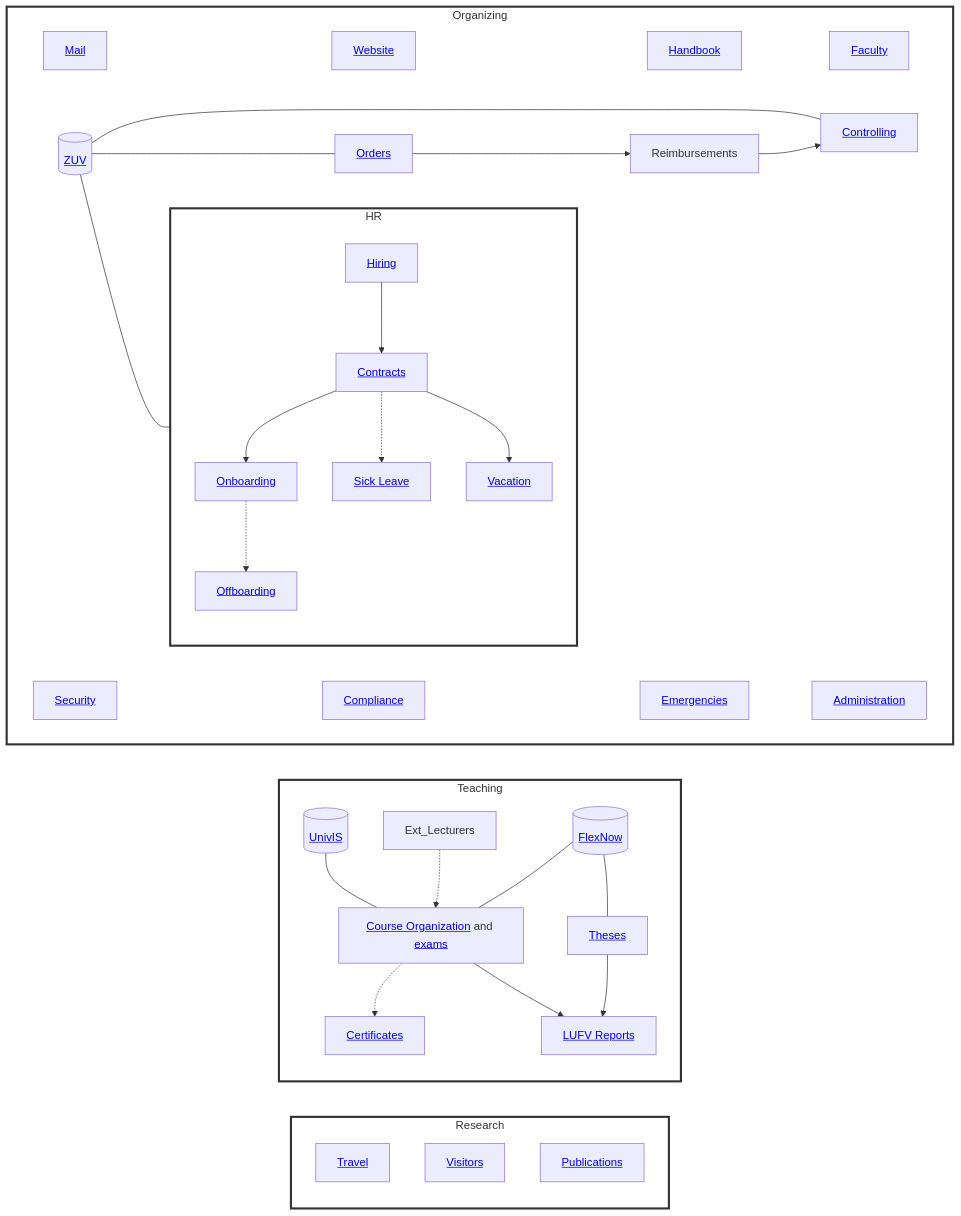
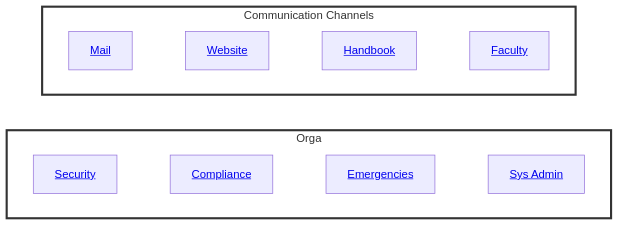
The first of 5 diagrams in docs/10-lab/index.md (digital-work-lab/handbook), drawn with Mermaid before and after one commit. The commit also changed other lines of this file, not shown here.

Commit message:
Revise lab management process chart

````diff
--- a/docs/10-lab/index.md
+++ b/docs/10-lab/index.md
@@ -11,52 +12,16 @@
 ```mermaid
 flowchart  LR
 
-    subgraph Research
-        Travel["<a href='10_processes/10.50.travel.html'>Travel</a>"]
-        Visitors["<a href='10_processes/10.53.visitors.html'>Visitors</a>"]
-        Publications["<a href='../20-research/20_processes/20.33.publication.html'>Publications</a>"]
+    subgraph Orga
+        direction LR
+        Security["<a href='10_processes/10.72.security.html'>Security</a>"] ~~~ Compliance["<a href='10_processes/10.71.compliance.html'>Compliance</a>"] ~~~ Emergencies["<a href='10_processes/10.73.emergencies.html'>Emergencies</a>"] ~~~ Administration["<a href='10_processes/10.90.administration.html'>Sys Admin</a>"]
     end
 
-    subgraph Teaching
-        direction TB
-        UnivIS[("<a href='../30-teaching/30_processes/30.16.univis.html'>UnivIS</a>")]
-        FlexNow[("<a href='../30-teaching/30_processes/30.15.flexnow.html'>FlexNow</a>")]
-        Ext_Lecturers -.-> Course_Orga["<a href='../30-teaching/30_processes/30.02.courses.html'>Course Organization</a> and <a href='../30-teaching/30_processes/30.59.exams.html'>exams</a>"]
-        Course_Orga -.-> Certificates["<a href='../30-teaching/30_processes/30.51.certificates.html'>Certificates</a>"]
-        FlexNow --- Course_Orga
-        FlexNow --- Theses
-        Course_Orga --> LUFV["<a href='../30-teaching/30_processes/30.20.reports.html'>LUFV Reports</a>"]
-        Theses["<a href='../30-teaching/30_processes/30.40.theses.html'>Theses</a>"] --> LUFV
-        UnivIS --- Course_Orga
+    subgraph Connecting["Communication Channels"]
+        direction LR
+        Mail["<a href='10_processes/10.51.mail.html'>Mail</a>"] ~~~ Website["<a href='10_processes/10.11.website.html'>Website</a>"] ~~~ Handbook["<a href='10_processes/10.10.handbook.html'>Handbook</a>"] ~~~ Faculty["<a href='10_processes/10.60.faculty.html'>Faculty</a>"]
     end
 
-    subgraph Organizing
-        direction LR
-
-        Mail["<a href='10_processes/10.51.mail.html'>Mail</a>"] ~~~ Website["<a href='10_processes/10.11.website.html'>Website</a>"] ~~~ Handbook["<a href='10_processes/10.10.handbook.html'>Handbook</a>"] ~~~ Faculty["<a href='10_processes/10.60.faculty.html'>Faculty</a>"]
-        Orders["<a href='10_processes/10.52.orders.html'>Orders</a>"] --> Reimbursements
-
-        
-        subgraph HR
-            direction TB
-            Hiring["<a href='10_processes/10.30.hiring.html'>Hiring</a>"] --> Contracts["<a href='10_processes/10.31.contracts.html'>Contracts</a>"]
-            Contracts --> Onboarding["<a href='10_processes/10.32.onboarding.html'>Onboarding</a>"]
-            Contracts -.-> Sick_leave["<a href='10_processes/10.35.sick_leave.html'>Sick Leave</a>"]
-            Contracts --> Vacation["<a href='10_processes/10.33.vacation.html'>Vacation</a>"]
-            Onboarding -.-> Offboarding["<a href='10_processes/10.39.offboarding.html'>Offboarding</a>"]
-        end
-        ZUV[("<a href='10_processes/10.12.zuv.html'>ZUV</a>")]
-        ZUV --- Controlling
-        ZUV --- Orders
-        ZUV --- Hiring
-        
-        Reimbursements --> Controlling["<a href='10_processes/10.70.controlling.html'>Controlling</a>"]
-        Security["<a href='10_processes/10.72.security.html'>Security</a>"] ~~~ Compliance["<a href='10_processes/10.71.compliance.html'>Compliance</a>"] ~~~ Emergencies["<a href='10_processes/10.73.emergencies.html'>Emergencies</a>"] ~~~ Administration["<a href='10_processes/10.90.administration.html'>Administration</a>"]
-    end
-
-    style Organizing fill:white,stroke:#333,stroke-width:3px
-    style Teaching fill:white,stroke:#333,stroke-width:3px
-    style Research fill:white,stroke:#333,stroke-width:3px
-    style HR fill:white,stroke:#333,stroke-width:3px
-
+    style Orga fill:white,stroke:#333,stroke-width:3px
+    style Connecting fill:white,stroke:#333,stroke-width:3px    
 ```
````
